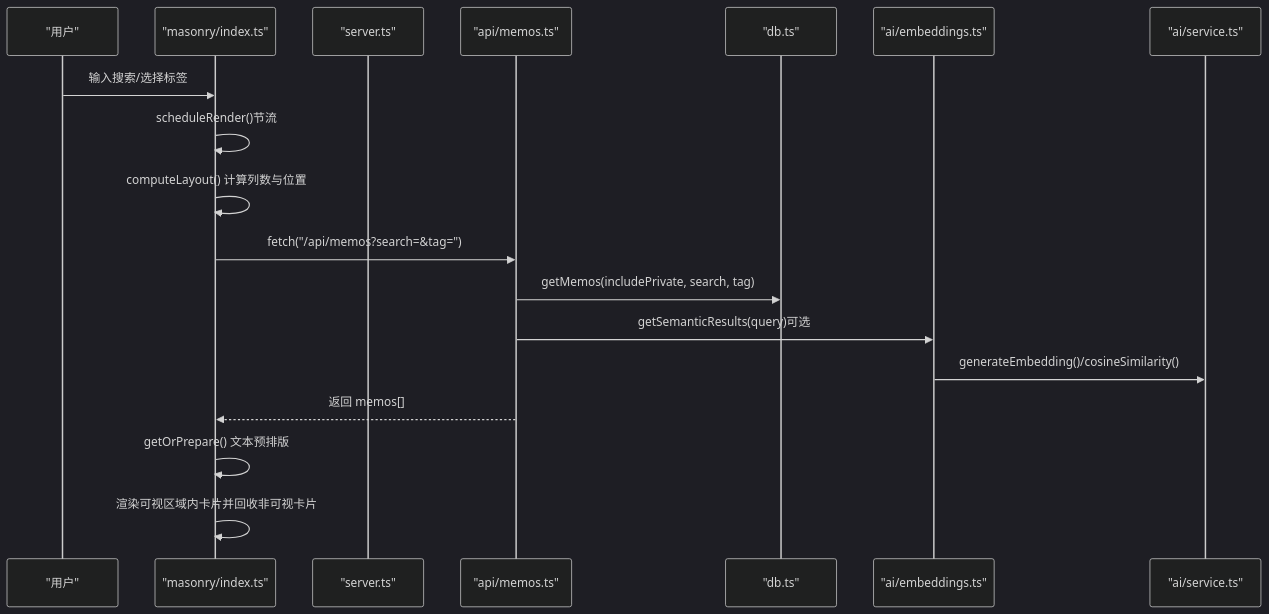
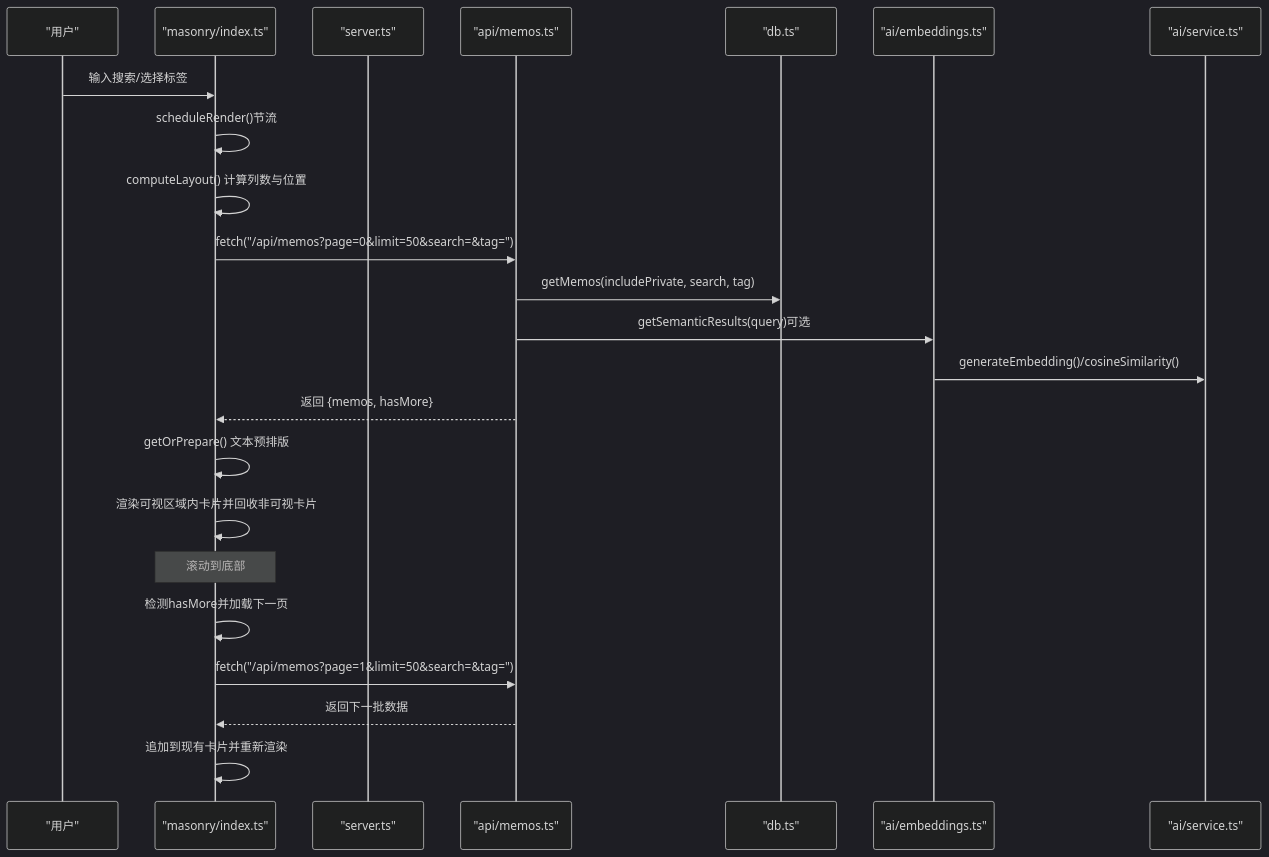
The second of 12 diagrams in .qoder/repowiki/zh/content/核心功能/瀑布流展示系统.md (BlackBoxRecorder/memos), drawn with Mermaid (dark theme) before and after one commit. The commit also changed other lines of this file and 6 other files, not shown here.

````diff
--- a/.qoder/repowiki/zh/content/核心功能/瀑布流展示系统.md
+++ b/.qoder/repowiki/zh/content/核心功能/瀑布流展示系统.md
@@ -103,20 +114,25 @@
 ```mermaid
 sequenceDiagram
 participant U as "用户"
 participant M as "masonry/index.ts"
 participant S as "server.ts"
 participant A as "api/memos.ts"
 participant D as "db.ts"
 participant E as "ai/embeddings.ts"
 participant V as "ai/service.ts"
 U->>M : 输入搜索/选择标签
 M->>M : scheduleRender()节流
 M->>M : computeLayout() 计算列数与位置
-M->>A : fetch("/api/memos?search=&tag=")
+M->>A : fetch("/api/memos?page=0&limit=50&search=&tag=")
 A->>D : getMemos(includePrivate, search, tag)
 A->>E : getSemanticResults(query)可选
 E->>V : generateEmbedding()/cosineSimilarity()
-A-->>M : 返回 memos[]
+A-->>M : 返回 {memos, hasMore}
 M->>M : getOrPrepare() 文本预排版
 M->>M : 渲染可视区域内卡片并回收非可视卡片
+Note over M : 滚动到底部
+M->>M : 检测hasMore并加载下一页
+M->>A : fetch("/api/memos?page=1&limit=50&search=&tag=")
+A-->>M : 返回下一批数据
+M->>M : 追加到现有卡片并重新渲染
 ```
````
